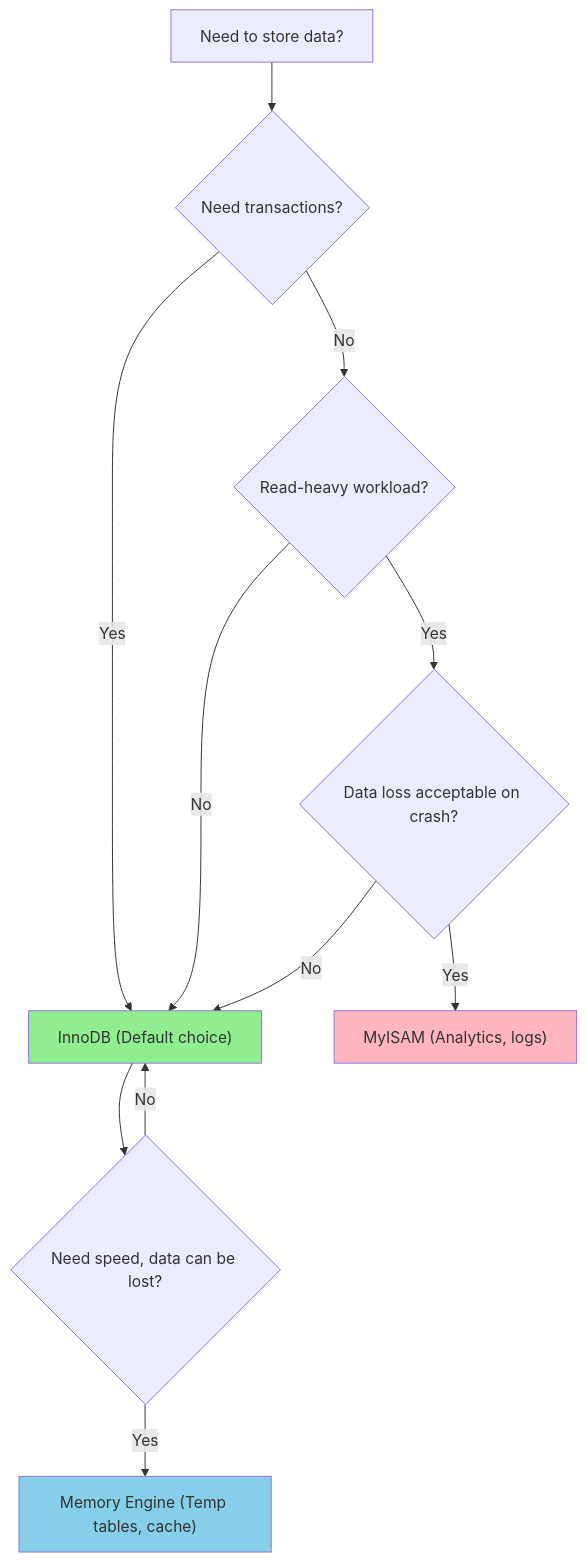
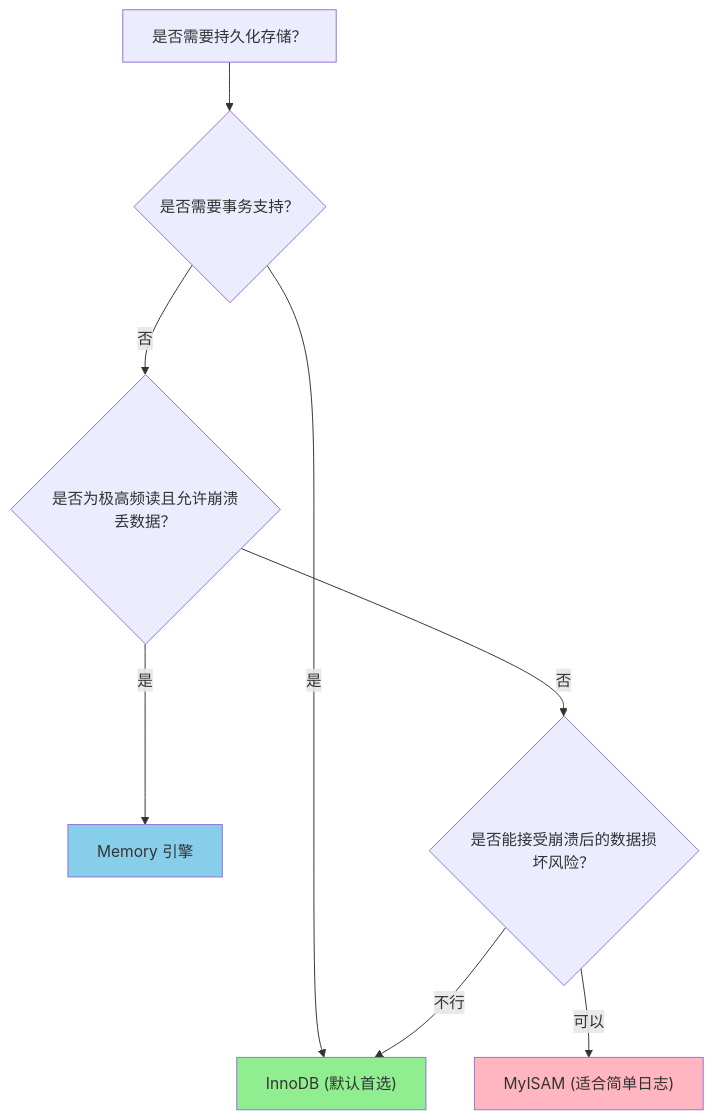
The third of 3 diagrams in i18n/zh-Hans/docusaurus-plugin-content-docs/current/cs/database/mysql/architecture.mdx (YiWang24/AiDIY), drawn with Mermaid before and after one commit. The commit also changed other lines of this file and 59 other files, not shown here.

````diff
--- a/i18n/zh-Hans/docusaurus-plugin-content-docs/current/cs/database/mysql/architecture.mdx
+++ b/i18n/zh-Hans/docusaurus-plugin-content-docs/current/cs/database/mysql/architecture.mdx
@@ -347,19 +176,15 @@
 ```mermaid
 graph TD
-    A[Need to store data?] --> B{Need transactions?}
-    B -->|Yes| C["InnoDB (Default choice)"]
-    B -->|No| D{Read-heavy workload?}
-    D -->|Yes| E{Data loss acceptable on crash?}
-    D -->|No| C
+    A[是否需要持久化存储？] --> B{是否需要事务支持？}
+    B -->|是| C["InnoDB (默认首选)"]
+    B -->|否| D{是否为极高频读且允许崩溃丢数据？}
+    D -->|是| E["Memory 引擎"]
+    D -->|否| F{是否能接受崩溃后的数据损坏风险？}
 
-    E -->|Yes| F["MyISAM (Analytics, logs)"]
-    E -->|No| C
-
-    C --> G{Need speed, data can be lost?}
-    G -->|Yes| H["Memory Engine (Temp tables, cache)"]
-    G -->|No| C
+    F -->|可以| G["MyISAM (适合简单日志)"]
+    F -->|不行| C
 
     style C fill:#90EE90
-    style F fill:#FFB6C1
-    style H fill:#87CEEB
+    style G fill:#FFB6C1
+    style E fill:#87CEEB
 ```
````
